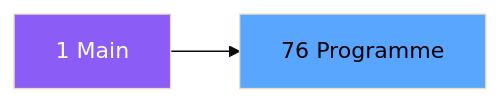
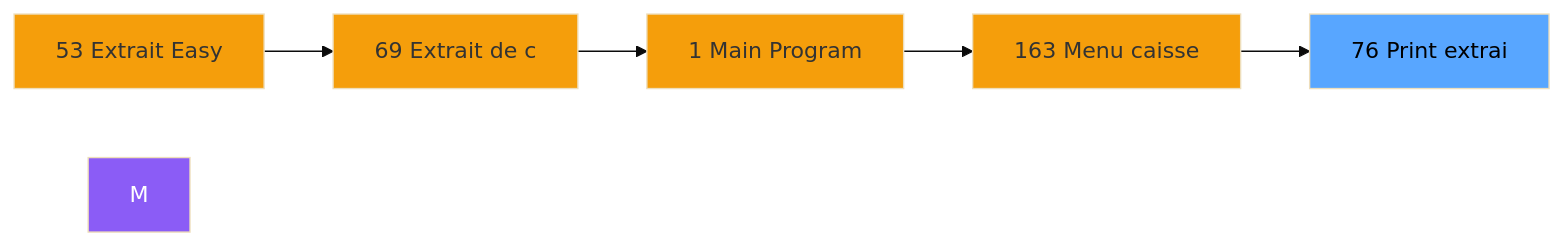
The second of 3 diagrams in .openspec/specs/ADH-IDE-76.md (thonyAGP/magic-migration), drawn with Mermaid (base theme) before and after one commit. The commit also changed other lines of this file and 323 other files, not shown here.

````diff
--- a/.openspec/specs/ADH-IDE-76.md
+++ b/.openspec/specs/ADH-IDE-76.md
@@ -109,8 +128,18 @@
 ```mermaid
 graph LR
-    M[1 Main]
-    T[76 Programme]
-    M --> T
+    N53[53 Extrait Easy]
+    N69[69 Extrait de c]
+    N1[1 Main Program]
+    N163[163 Menu caisse ]
+    T[76 Print extrai]
+    N53 --> N69
+    N69 --> N1
+    N1 --> N163
+    N163 --> T
     style M fill:#8b5cf6,color:#fff
+    style N53 fill:#f59e0b
+    style N69 fill:#f59e0b
+    style N1 fill:#f59e0b
+    style N163 fill:#f59e0b
     style T fill:#58a6ff,color:#000
 ```
````
